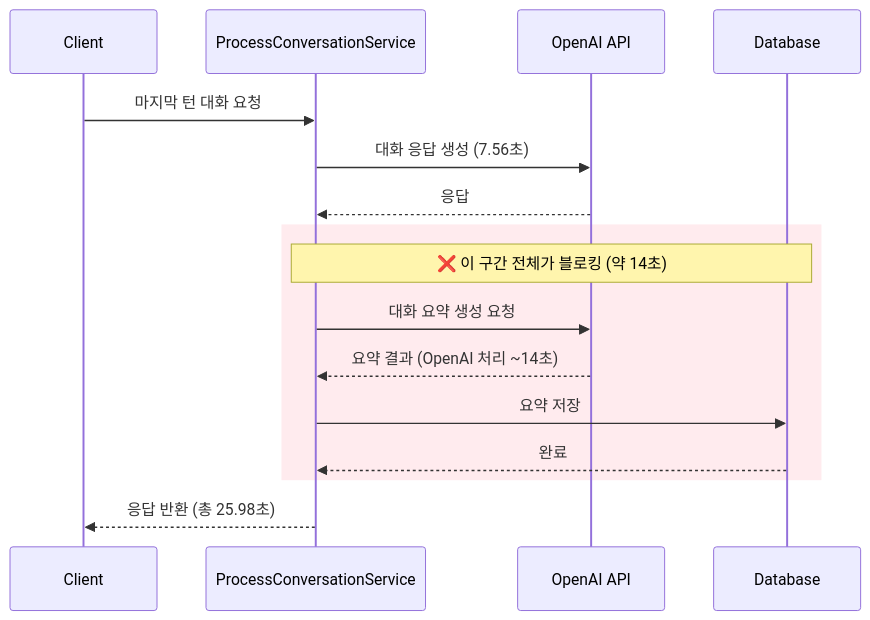
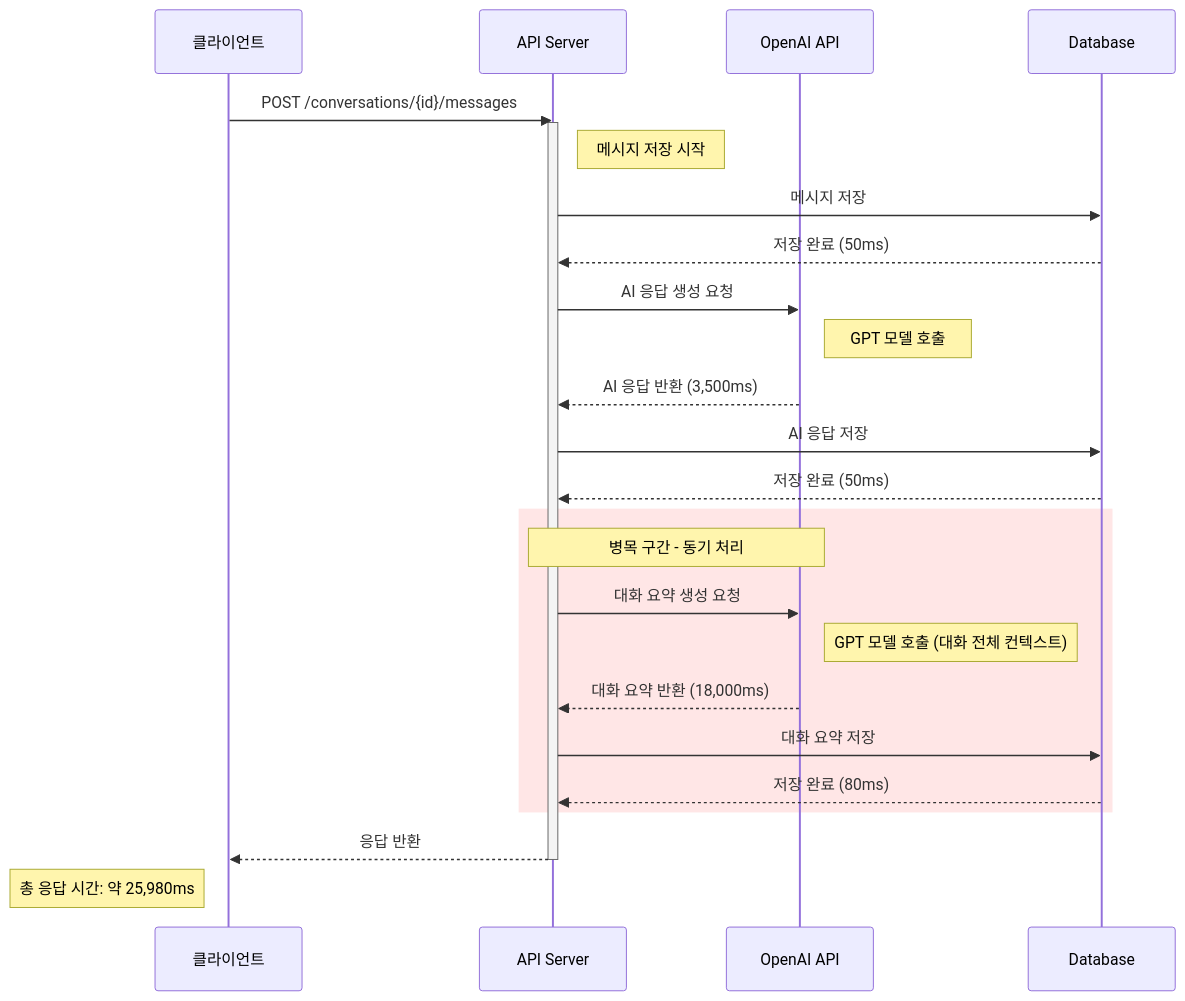
One commit to jiwon11/jiwon11.github.io changed the first of 6 diagrams in _posts/2026-02-07-kotlin-coroutines-to-spring-async-performance-improvement.md. Above: the diagram before and after it, drawn with Mermaid. The commit also changed other lines of this file and 4 other files, not shown here.

````diff
--- a/_posts/2026-02-07-kotlin-coroutines-to-spring-async-performance-improvement.md
+++ b/_posts/2026-02-07-kotlin-coroutines-to-spring-async-performance-improvement.md
@@ -47,19 +69,35 @@
 ```mermaid
 sequenceDiagram
-    participant C as Client
-    participant S as ProcessConversationService
+    participant Client as 클라이언트
+    participant API as API Server
     participant AI as OpenAI API
     participant DB as Database
 
-    C->>S: 마지막 턴 대화 요청
-    S->>AI: 대화 응답 생성 (7.56초)
-    AI-->>S: 응답
-    rect rgb(255, 235, 238)
-        Note over S,DB: ❌ 이 구간 전체가 블로킹 (약 14초)
-        S->>AI: 대화 요약 생성 요청
-        AI-->>S: 요약 결과 (OpenAI 처리 ~14초)
-        S->>DB: 요약 저장
-        DB-->>S: 완료
+    Client->>API: POST /conversations/{id}/messages
+    activate API
+    Note right of API: 메시지 저장 시작
+
+    API->>DB: 메시지 저장
+    DB-->>API: 저장 완료 (50ms)
+
+    API->>AI: AI 응답 생성 요청
+    Note right of AI: GPT 모델 호출
+    AI-->>API: AI 응답 반환 (3,500ms)
+
+    API->>DB: AI 응답 저장
+    DB-->>API: 저장 완료 (50ms)
+
+    rect rgb(255, 230, 230)
+        Note over API,AI: 병목 구간 - 동기 처리
+        API->>AI: 대화 요약 생성 요청
+        Note right of AI: GPT 모델 호출 (대화 전체 컨텍스트)
+        AI-->>API: 대화 요약 반환 (18,000ms)
+
+        API->>DB: 대화 요약 저장
+        DB-->>API: 저장 완료 (80ms)
     end
-    S-->>C: 응답 반환 (총 25.98초)
+
+    API-->>Client: 응답 반환
+    deactivate API
+    Note left of Client: 총 응답 시간: 약 25,980ms
 ```
````
